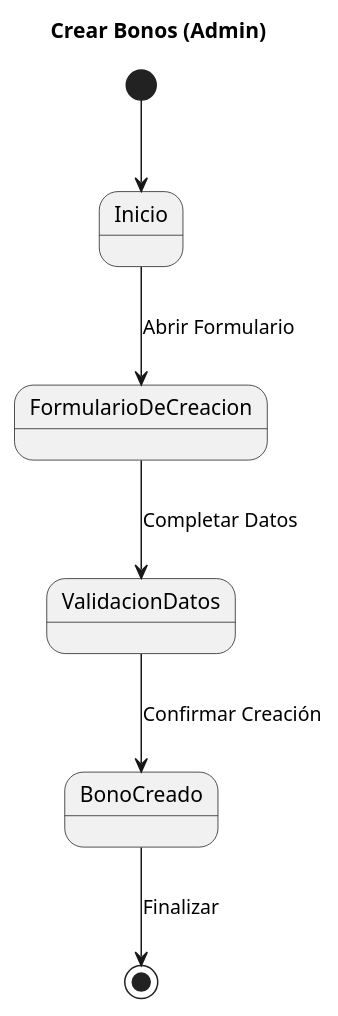
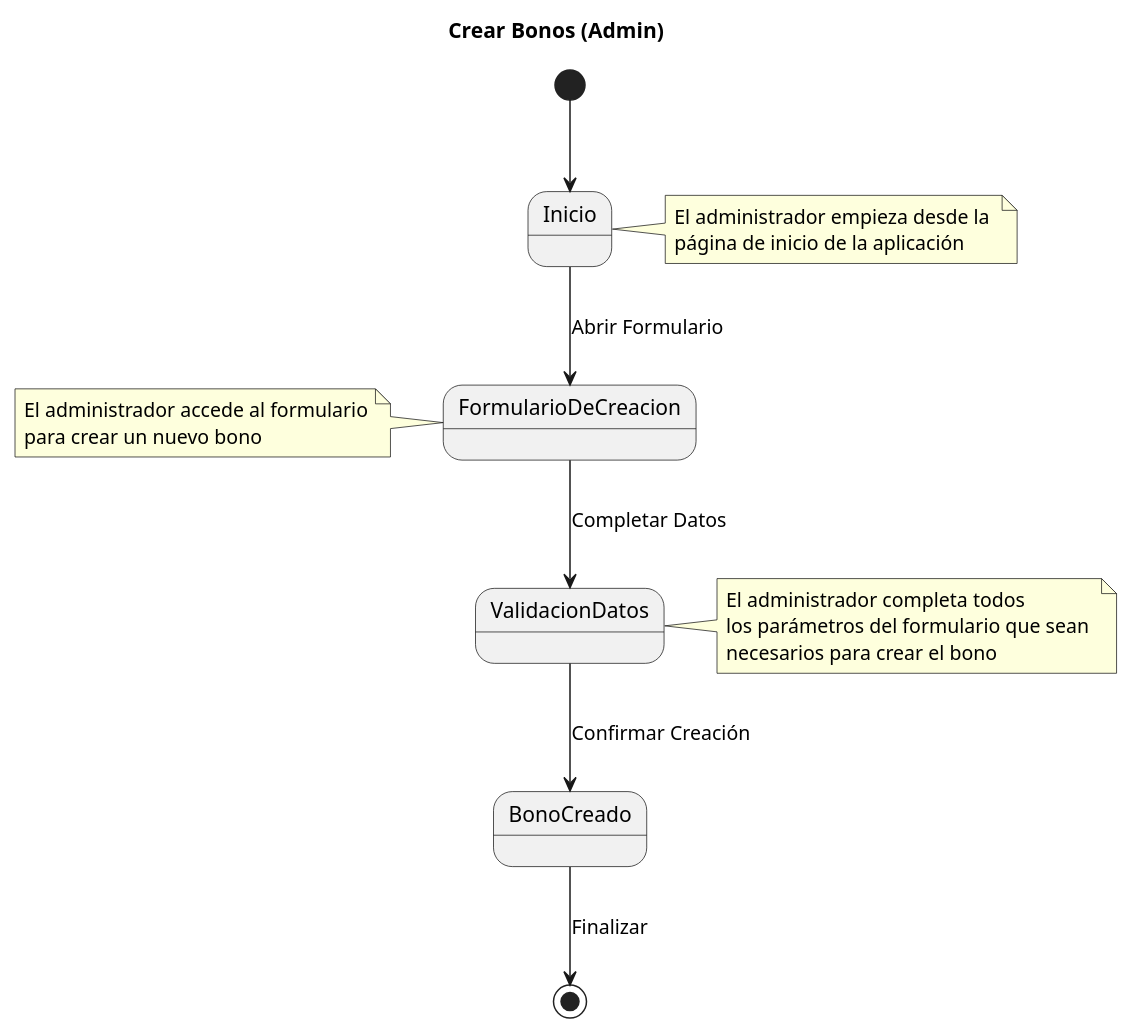
Before and after one commit to pablarce/23-24-IdSw1-SDR: the diagram in CasosDeUso/CduDetallados/CduBonos/CrearBonos.puml, drawn with PlantUML. The commit also changed 7 other files, not shown here.

```diff
--- a/CasosDeUso/CduDetallados/CduBonos/CrearBonos.puml
+++ b/CasosDeUso/CduDetallados/CduBonos/CrearBonos.puml
@@ -1,10 +1,27 @@
 @startuml
 title Crear Bonos (Admin)
 
 [*] --> Inicio
+note right of Inicio
+El administrador empieza desde la 
+página de inicio de la aplicación
+end note
+
 Inicio --> FormularioDeCreacion : Abrir Formulario
+
 FormularioDeCreacion --> ValidacionDatos : Completar Datos
+note left of FormularioDeCreacion 
+El administrador accede al formulario
+para crear un nuevo bono
+end note
+
 ValidacionDatos --> BonoCreado : Confirmar Creación
+note right of ValidacionDatos 
+El administrador completa todos
+los parámetros del formulario que sean 
+necesarios para crear el bono
+end note
+
 BonoCreado --> [*] : Finalizar
 
 @enduml
```
